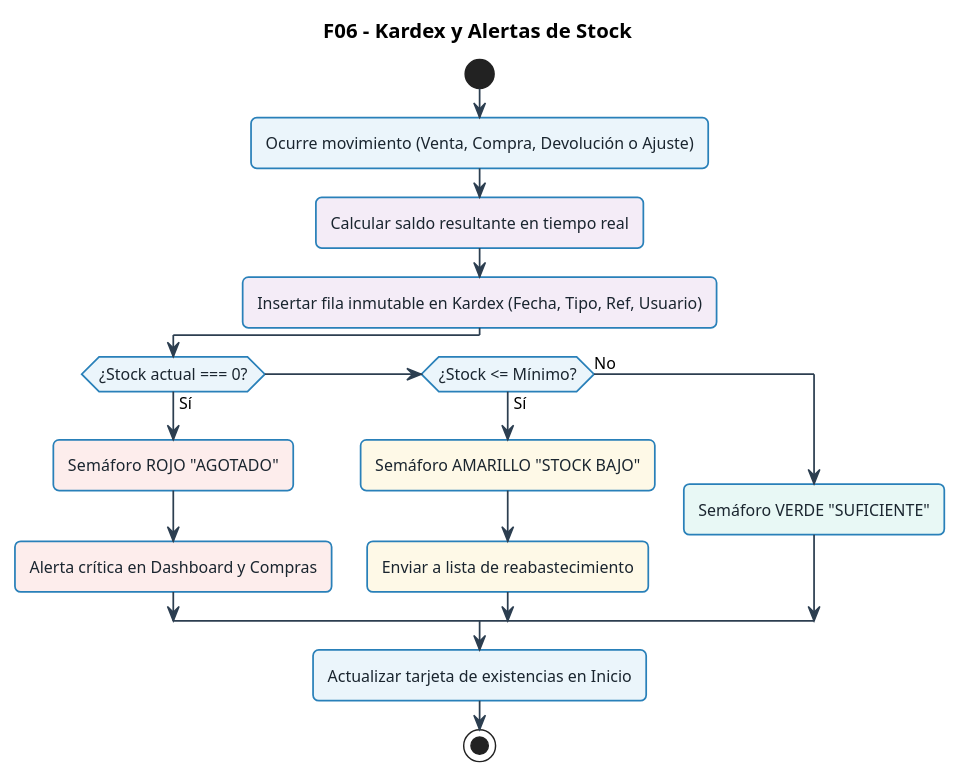
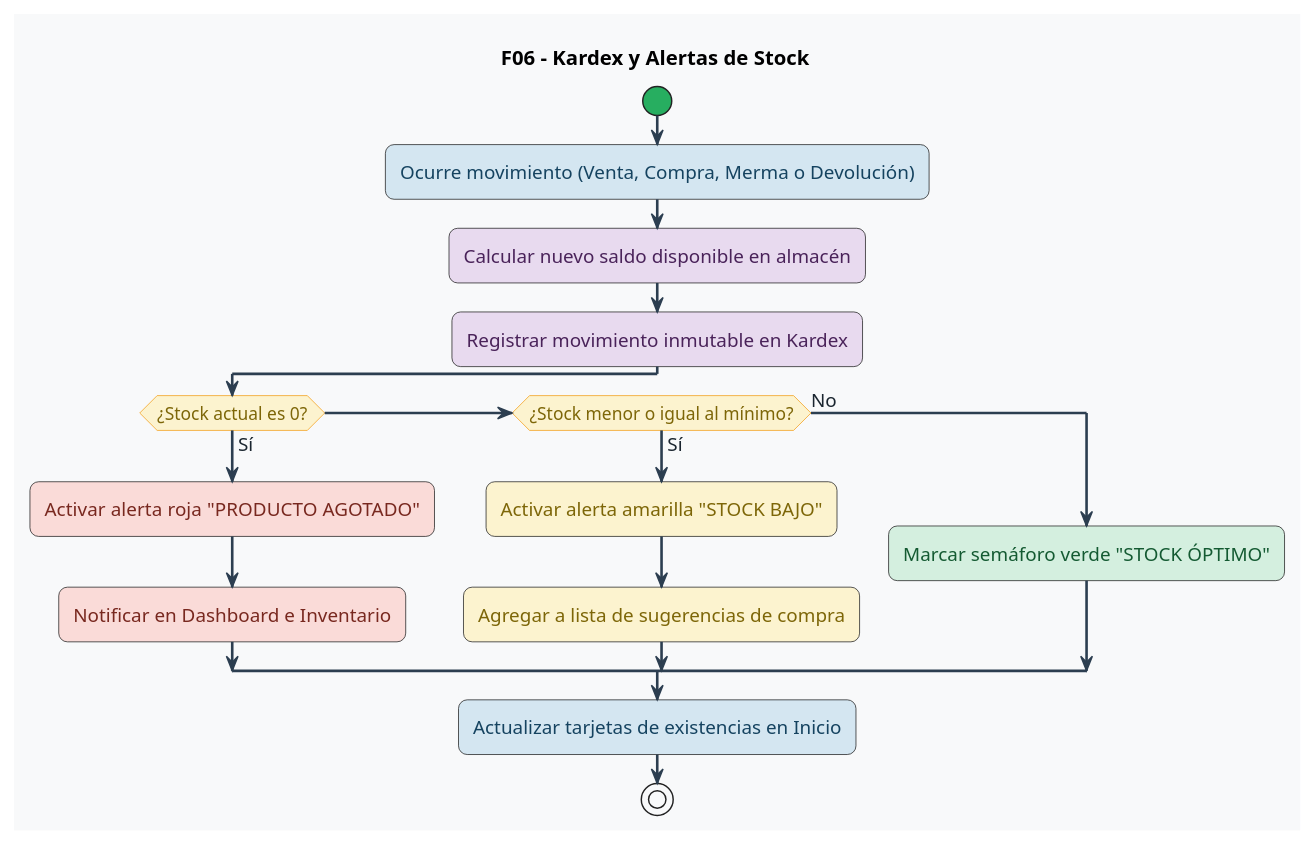
One commit to xmenil/ERP-KIPUS changed the sixth of 11 diagrams in docs/UML-flujos/flujos-consolidados-kipu.md. Above: the diagram before and after it, drawn with PlantUML. The commit also changed other lines of this file and 23 other files, not shown here.

Commit message:
docs: actualizar diagramas PlantUML estilo Bizagi BPMN y corregir advertencias de sintaxis

````diff
--- a/docs/UML-flujos/flujos-consolidados-kipu.md
+++ b/docs/UML-flujos/flujos-consolidados-kipu.md
@@ -369,49 +468,72 @@
 ```plantuml
 @startuml
+<style>
+activityDiagram {
+  BackgroundColor #F8F9FA
+  BorderColor #2C3E50
+  FontColor #1A252F
+  FontSize 13
+  FontName "Segoe UI", Arial, sans-serif
+  RoundCorner 12
+  Padding 10
+  Margin 8
+
+  .verde {
+    BackgroundColor #D4EFDF
+    BorderColor #27AE60
+    FontColor #145A32
+  }
+  .amarillo {
+    BackgroundColor #FCF3CF
+    BorderColor #F39C12
+    FontColor #7D6608
+  }
+  .azul {
+    BackgroundColor #D4E6F1
+    BorderColor #2980B9
+    FontColor #154360
+  }
+  .morado {
+    BackgroundColor #E8DAEF
+    BorderColor #8E44AD
+    FontColor #4A235A
+  }
+  .rojo {
+    BackgroundColor #FADBD8
+    BorderColor #C0392B
+    FontColor #78281F
+  }
+}
+</style>
+
 skinparam defaultFontName "Segoe UI", Arial, sans-serif
-skinparam defaultFontSize 11
-skinparam roundCorner 8
-skinparam shadowing false
 skinparam ArrowColor #2C3E50
-skinparam ArrowThickness 1.2
-
-skinparam activity {
-  BackgroundColor #EBF5FB
-  BorderColor #2980B9
-  BorderThickness 1.2
-  FontColor #1A252F
-}
-skinparam decision {
-  BackgroundColor #FEF9E7
-  BorderColor #F39C12
-  BorderThickness 1.2
-  FontColor #7D6608
-}
-skinparam start {
-  Color #27AE60
-}
-skinparam stop {
-  Color #C0392B
-}
+skinparam ArrowThickness 1.8
+skinparam activityStartColor #27AE60
+skinparam activityEndColor #C0392B
+skinparam activityDiamondBackgroundColor #FCF3CF
+skinparam activityDiamondBorderColor #F39C12
+skinparam activityDiamondFontColor #7D6608
+skinparam activityDiamondFontSize 12
 
 title F06 - Kardex y Alertas de Stock
 
 start
-:Ocurre movimiento (Venta, Compra, Devolución o Ajuste);
-#F4ECF7:Calcular saldo resultante en tiempo real;
-#F4ECF7:Insertar fila inmutable en Kardex (Fecha, Tipo, Ref, Usuario);
+:Ocurre movimiento (Venta, Compra, Merma o Devolución); <<azul>>
+:Calcular nuevo saldo disponible en almacén; <<morado>>
+:Registrar movimiento inmutable en Kardex; <<morado>>
 
-if (¿Stock actual === 0?) then (Sí)
-  #FDEDEC:Semáforo ROJO "AGOTADO";
-  #FDEDEC:Alerta crítica en Dashboard y Compras;
-elseif (¿Stock <= Mínimo?) then (Sí)
-  #FEF9E7:Semáforo AMARILLO "STOCK BAJO";
-  #FEF9E7:Enviar a lista de reabastecimiento;
+if (¿Stock actual es 0?) then (Sí)
+  :Activar alerta roja "PRODUCTO AGOTADO"; <<rojo>>
+  :Notificar en Dashboard e Inventario; <<rojo>>
+elseif (¿Stock menor o igual al mínimo?) then (Sí)
+  :Activar alerta amarilla "STOCK BAJO"; <<amarillo>>
+  :Agregar a lista de sugerencias de compra; <<amarillo>>
 else (No)
-  #E8F8F5:Semáforo VERDE "SUFICIENTE";
+  :Marcar semáforo verde "STOCK ÓPTIMO"; <<verde>>
 endif
 
-:Actualizar tarjeta de existencias en Inicio;
+:Actualizar tarjetas de existencias en Inicio; <<azul>>
 stop
 @enduml
 ```
````
